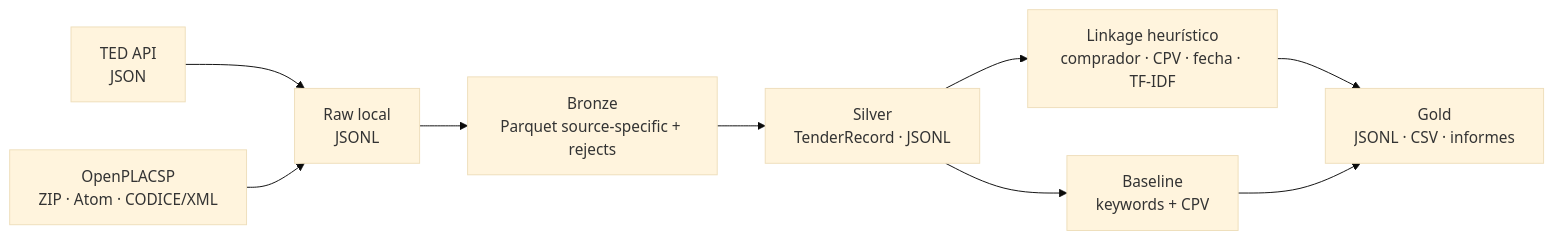
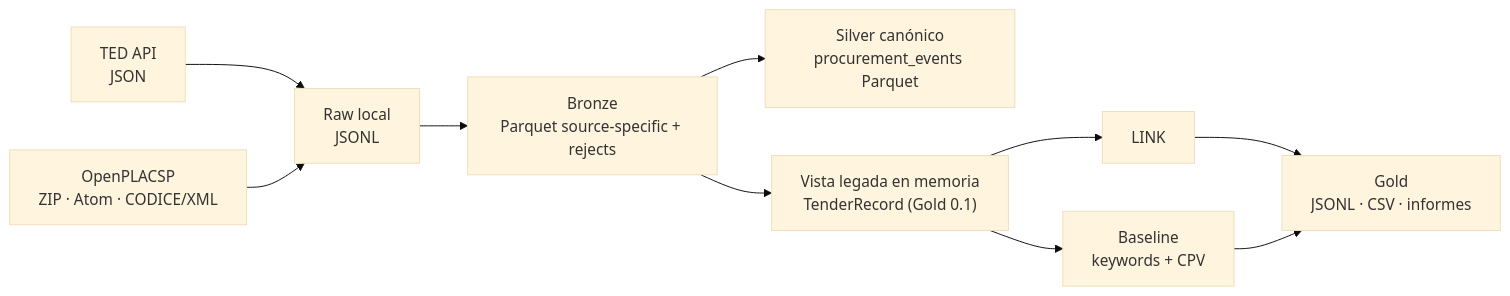
The first of 2 diagrams in docs/architecture.md (tomcrojo/tfm-licitaciones), drawn with Mermaid (base theme) before and after one commit. The commit also changed other lines of this file and 10 other files, not shown here.

Commit message:
feat: persist canonical procurement events in Silver

````diff
--- a/docs/architecture.md
+++ b/docs/architecture.md
@@ -24,11 +24,12 @@
 ```mermaid
 flowchart LR
     TED["TED API<br/>JSON"] --> RAW["Raw local<br/>JSONL"]
     PLACSP["OpenPLACSP<br/>ZIP · Atom · CODICE/XML"] --> RAW
     RAW --> BRONZE["Bronze<br/>Parquet source-specific + rejects"]
-    BRONZE --> SILVER["Silver<br/>TenderRecord · JSONL"]
-    SILVER --> LINK["Linkage heurístico<br/>comprador · CPV · fecha · TF-IDF"]
-    SILVER --> CLASS["Baseline<br/>keywords + CPV"]
+    BRONZE --> SILVER["Silver canónico<br/>procurement_events Parquet"]
+    BRONZE --> LEGACY["Vista legada en memoria<br/>TenderRecord (Gold 0.1)"]
+    LEGACY --> LINK
+    LEGACY --> CLASS["Baseline<br/>keywords + CPV"]
     LINK --> GOLD["Gold<br/>JSONL · CSV · informes"]
     CLASS --> GOLD
 ```
````
